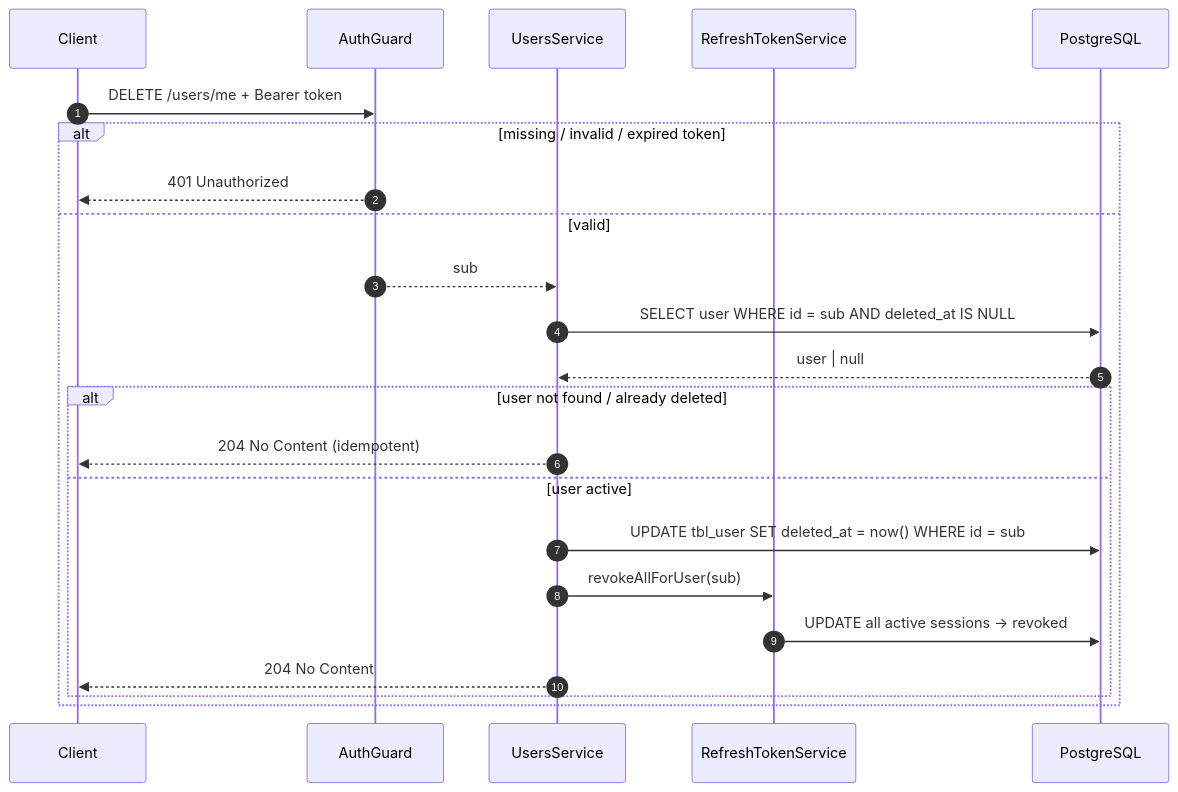
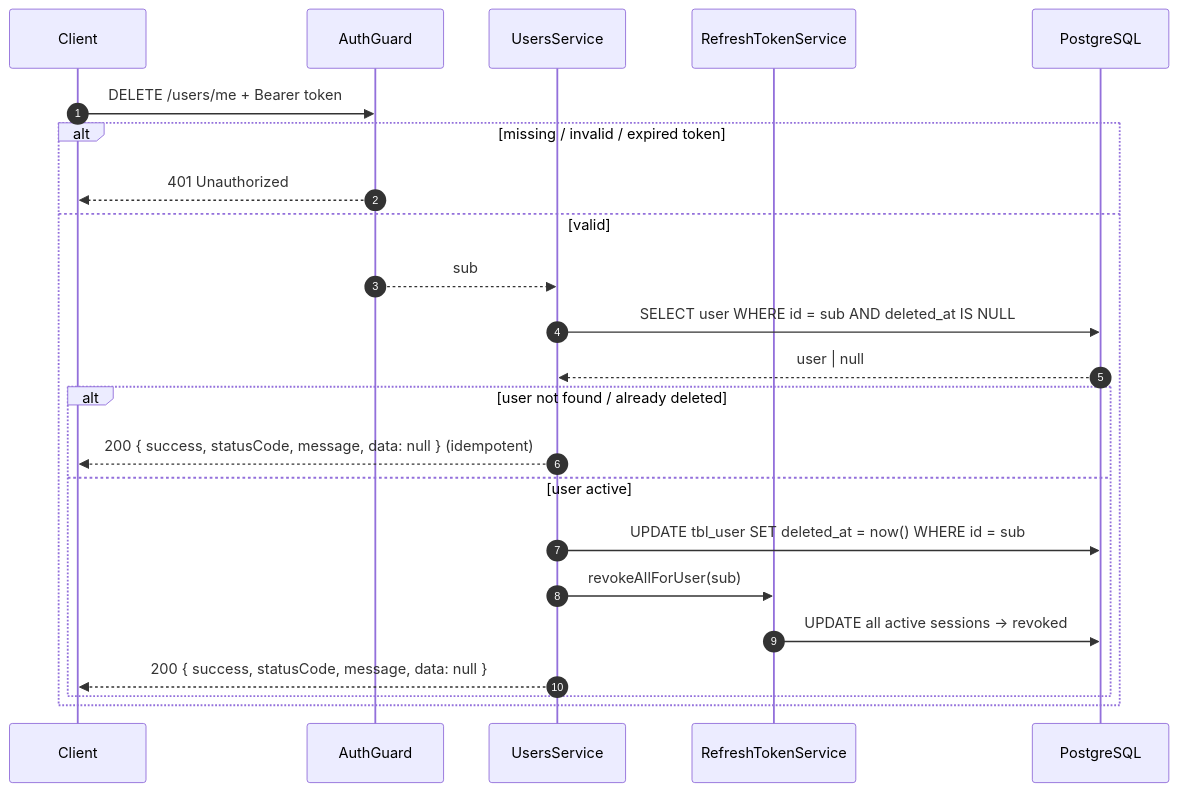
The second of 2 diagrams in api/docs/users/02-profile-management.md (raunak-ray/LinkVault), drawn with Mermaid before and after one commit. The commit also changed other lines of this file and 56 other files, not shown here.

````diff
--- a/api/docs/users/02-profile-management.md
+++ b/api/docs/users/02-profile-management.md
@@ -53,26 +53,26 @@
 ```mermaid
 sequenceDiagram
     autonumber
     participant C as Client
     participant G as AuthGuard
     participant U as UsersService
     participant R as RefreshTokenService
     participant DB as PostgreSQL
 
     C->>G: DELETE /users/me + Bearer token
     alt missing / invalid / expired token
         G-->>C: 401 Unauthorized
     else valid
         G-->>U: sub
         U->>DB: SELECT user WHERE id = sub AND deleted_at IS NULL
         DB-->>U: user | null
         alt user not found / already deleted
-            U-->>C: 204 No Content (idempotent)
+            U-->>C: 200 { success, statusCode, message, data: null } (idempotent)
         else user active
             U->>DB: UPDATE tbl_user SET deleted_at = now() WHERE id = sub
             U->>R: revokeAllForUser(sub)
             R->>DB: UPDATE all active sessions -> revoked
-            U-->>C: 204 No Content
+            U-->>C: 200 { success, statusCode, message, data: null }
         end
     end
 ```
````
